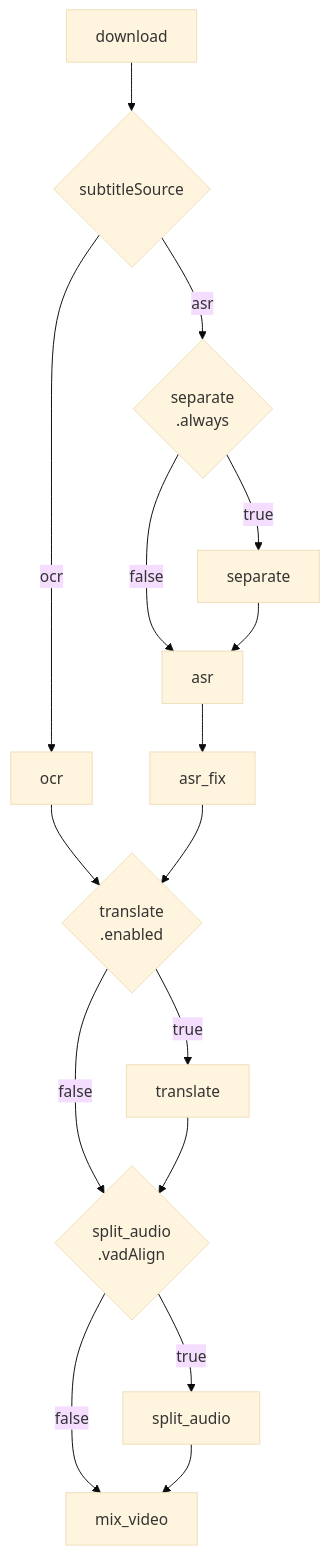
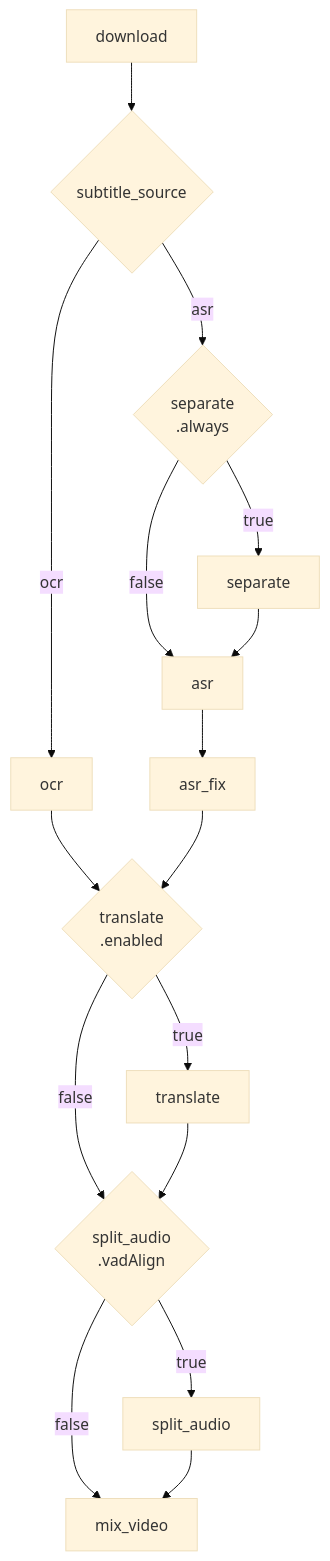
Before and after one commit to Nahida-aa/LocalDub: the second of 2 diagrams in packages/cli/architecture.md, drawn with Mermaid (base theme). The commit also changed other lines of this file and 33 other files, not shown here.

````diff
--- a/packages/cli/architecture.md
+++ b/packages/cli/architecture.md
@@ -67,25 +67,25 @@
 ```mermaid
 flowchart
   cond_translate{translate<br>.enabled}
   sep["separate"]
   cond_sa{split_audio<br>.vadAlign}
   sa["split_audio"]
   mv["mix_video"]
 
-  dl["download"] --> sub_src_cond{subtitleSource}
+  dl["download"] --> sub_src_cond{subtitle_source}
   sub_src_cond --> |asr| sep_cond
   sub_src_cond --> |ocr| ocr
   ocr --> cond_translate
    sep_cond{separate<br>.always}
   sep_cond --> |true| sep
   sep_cond --> |false| asr
 
   sep --> asr --> asr_fix
   asr_fix --> cond_translate
   cond_translate -->|true| tl["translate"]
   cond_translate -->|false| cond_sa
   tl --> cond_sa
   cond_sa --> |true| sa
   cond_sa --> |false| mv
   sa --> mv
 ```
````
